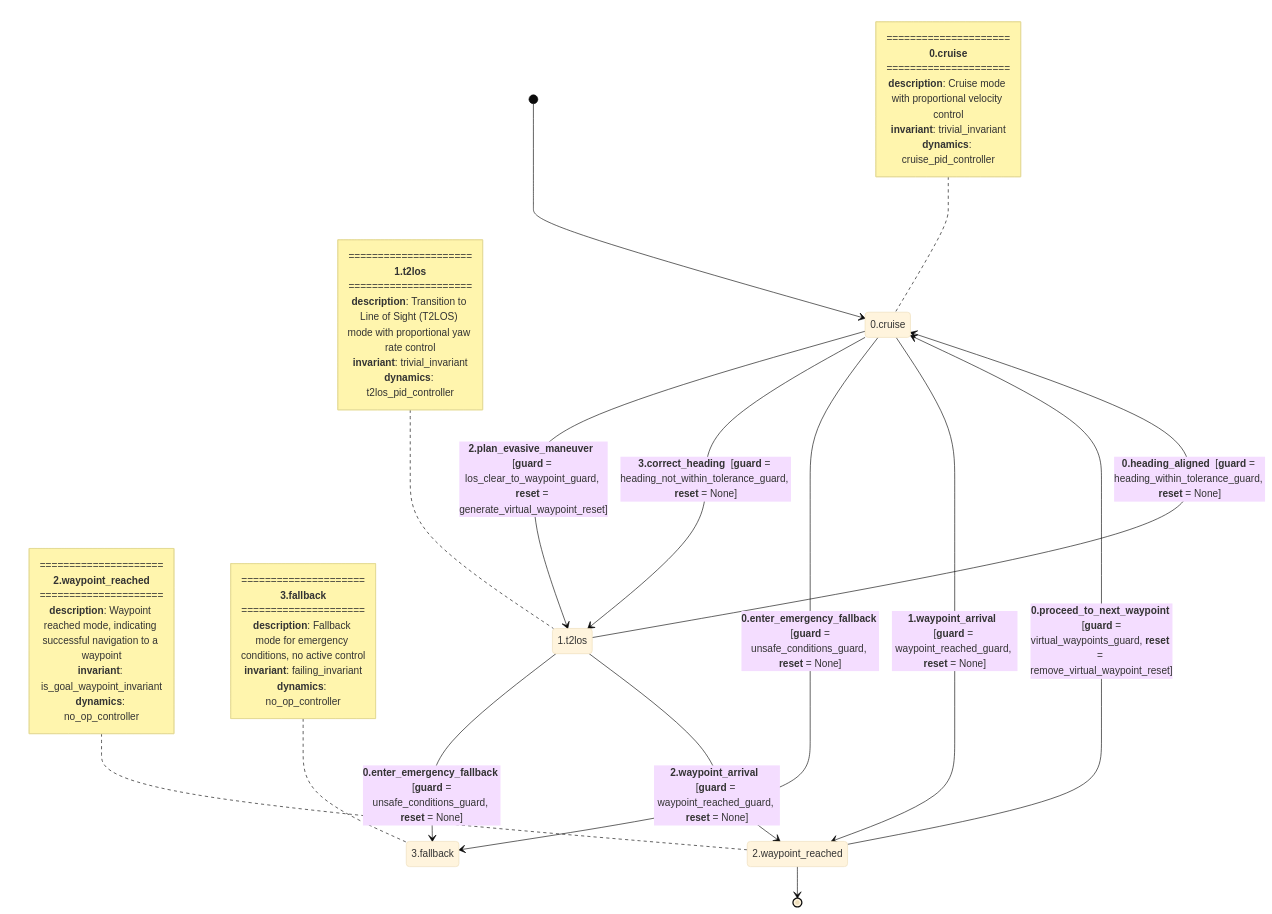
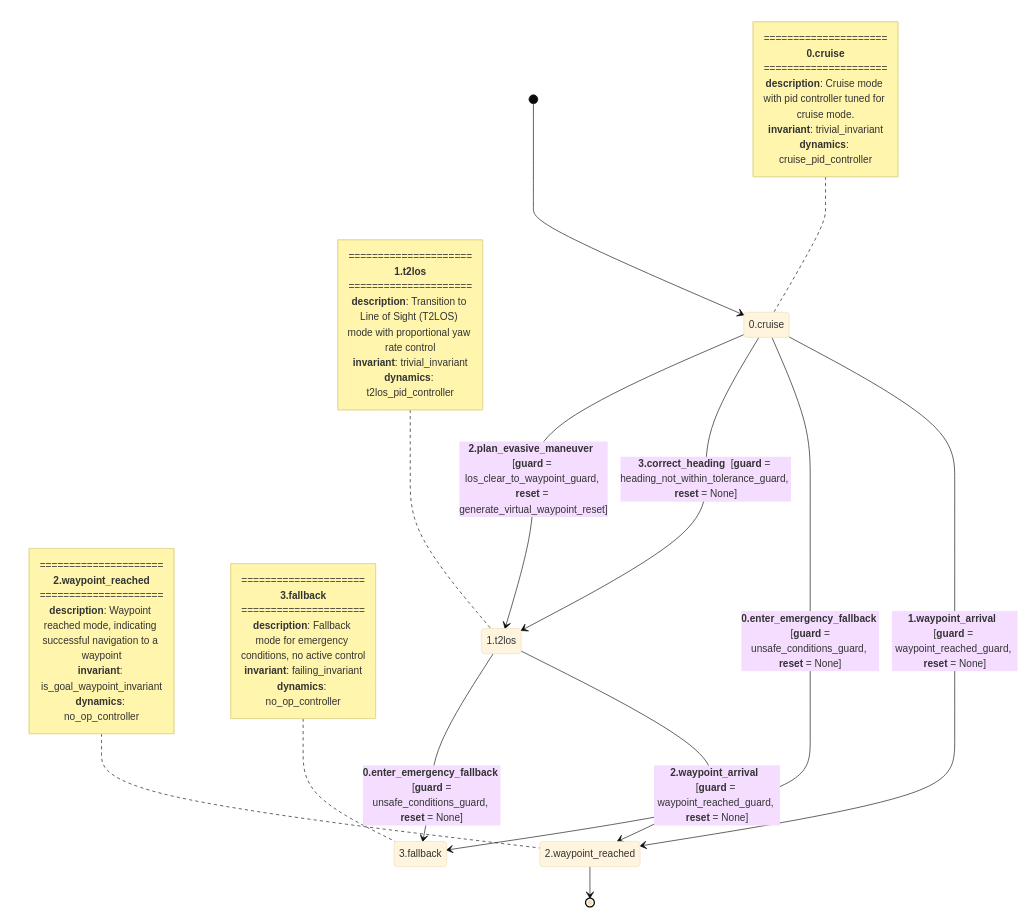
Before and after one commit to rymc-dev/hybraut_nav: the diagram in colav_hybrid_automaton/colav_hybrid_automaton/automaton/_internal/.github/assets/diagrams/colav_hybrid_automaton.famd.mmd, drawn with Mermaid (base theme). The commit also changed 3 other files, not shown here.

```diff
--- a/colav_hybrid_automaton/colav_hybrid_automaton/automaton/_internal/.github/assets/diagrams/colav_hybrid_automaton.famd.mmd
+++ b/colav_hybrid_automaton/colav_hybrid_automaton/automaton/_internal/.github/assets/diagrams/colav_hybrid_automaton.famd.mmd
@@ -1,58 +1,56 @@
 stateDiagram-v2
     %% colav_hybrid_automaton State Diagram
 
     %% Initial Mode
-    [*] --> cruise
+    [*] --> 0
 
     %% Modes
-    cruise : 0.cruise
-    note left of cruise
+    0 : 0.cruise
+    note left of 0
         =====================
         <b>0.cruise</b>
         =====================
-        <b>description</b>: Cruise mode with proportional velocity control
+        <b>description</b>: Cruise mode with pid controller tuned for cruise mode.
         <b>invariant</b>: trivial_invariant
         <b>dynamics</b>: cruise_pid_controller
     end note
 
-    t2los : 1.t2los
-    note left of t2los
+    1 : 1.t2los
+    note left of 1
         =====================
         <b>1.t2los</b>
         =====================
         <b>description</b>: Transition to Line of Sight (T2LOS) mode with proportional yaw rate control
         <b>invariant</b>: trivial_invariant
         <b>dynamics</b>: t2los_pid_controller
     end note
 
-    waypoint_reached : 2.waypoint_reached
-    note left of waypoint_reached
+    2 : 2.waypoint_reached
+    note left of 2
         =====================
         <b>2.waypoint_reached</b>
         =====================
         <b>description</b>: Waypoint reached mode, indicating successful navigation to a waypoint
         <b>invariant</b>: is_goal_waypoint_invariant
         <b>dynamics</b>: no_op_controller
     end note
 
-    fallback : 3.fallback
-    note left of fallback
+    3 : 3.fallback
+    note left of 3
         =====================
         <b>3.fallback</b>
         =====================
         <b>description</b>: Fallback mode for emergency conditions, no active control
         <b>invariant</b>: failing_invariant
         <b>dynamics</b>: no_op_controller
     end note
 
     %% Transitions
-    cruise --> t2los : <b>2.plan_evasive_maneuver</b>  [<b>guard</b> = los_clear_to_waypoint_guard, <b>reset</b> = generate_virtual_waypoint_reset]
-    cruise --> t2los : <b>3.correct_heading</b>  [<b>guard</b> = heading_not_within_tolerance_guard, <b>reset</b> = None]
-    cruise --> fallback : <b>0.enter_emergency_fallback</b>  [<b>guard</b> = unsafe_conditions_guard, <b>reset</b> = None]
-    t2los --> fallback : <b>0.enter_emergency_fallback</b>  [<b>guard</b> = unsafe_conditions_guard, <b>reset</b> = None]
-    cruise --> waypoint_reached : <b>1.waypoint_arrival</b>  [<b>guard</b> = waypoint_reached_guard, <b>reset</b> = None]
-    t2los --> waypoint_reached : <b>2.waypoint_arrival</b>  [<b>guard</b> = waypoint_reached_guard, <b>reset</b> = None]
-    t2los --> cruise : <b>0.heading_aligned</b>  [<b>guard</b> = heading_within_tolerance_guard, <b>reset</b> = None]
-    waypoint_reached --> cruise : <b>0.proceed_to_next_waypoint</b>  [<b>guard</b> = virtual_waypoints_guard, <b>reset</b> = remove_virtual_waypoint_reset]
+    0 --> 1 : <b>2.plan_evasive_maneuver</b>  [<b>guard</b> = los_clear_to_waypoint_guard, <b>reset</b> = generate_virtual_waypoint_reset]
+    0 --> 1 : <b>3.correct_heading</b>  [<b>guard</b> = heading_not_within_tolerance_guard, <b>reset</b> = None]
+    0 --> 3 : <b>0.enter_emergency_fallback</b>  [<b>guard</b> = unsafe_conditions_guard, <b>reset</b> = None]
+    1 --> 3 : <b>0.enter_emergency_fallback</b>  [<b>guard</b> = unsafe_conditions_guard, <b>reset</b> = None]
+    0 --> 2 : <b>1.waypoint_arrival</b>  [<b>guard</b> = waypoint_reached_guard, <b>reset</b> = None]
+    1 --> 2 : <b>2.waypoint_arrival</b>  [<b>guard</b> = waypoint_reached_guard, <b>reset</b> = None]
     %% Goal Modes
-    waypoint_reached --> [*]
+    2 --> [*]
```
